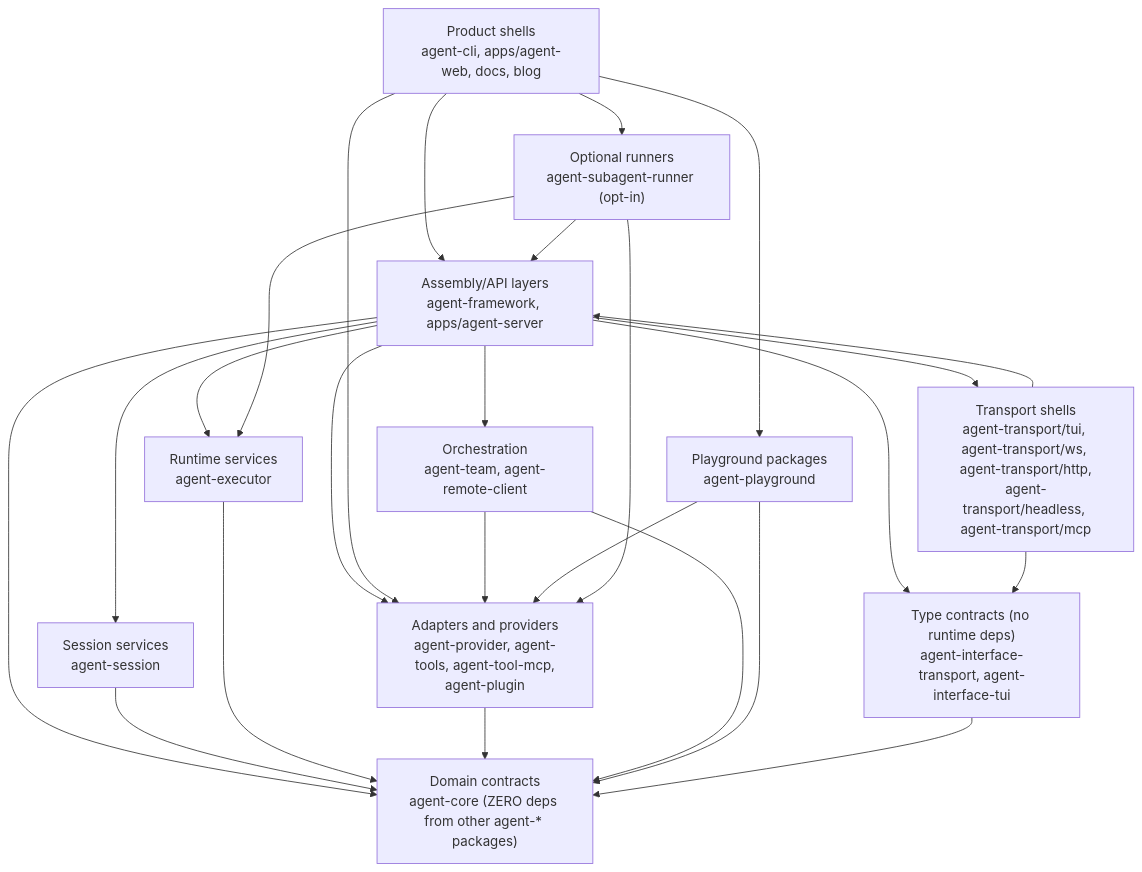
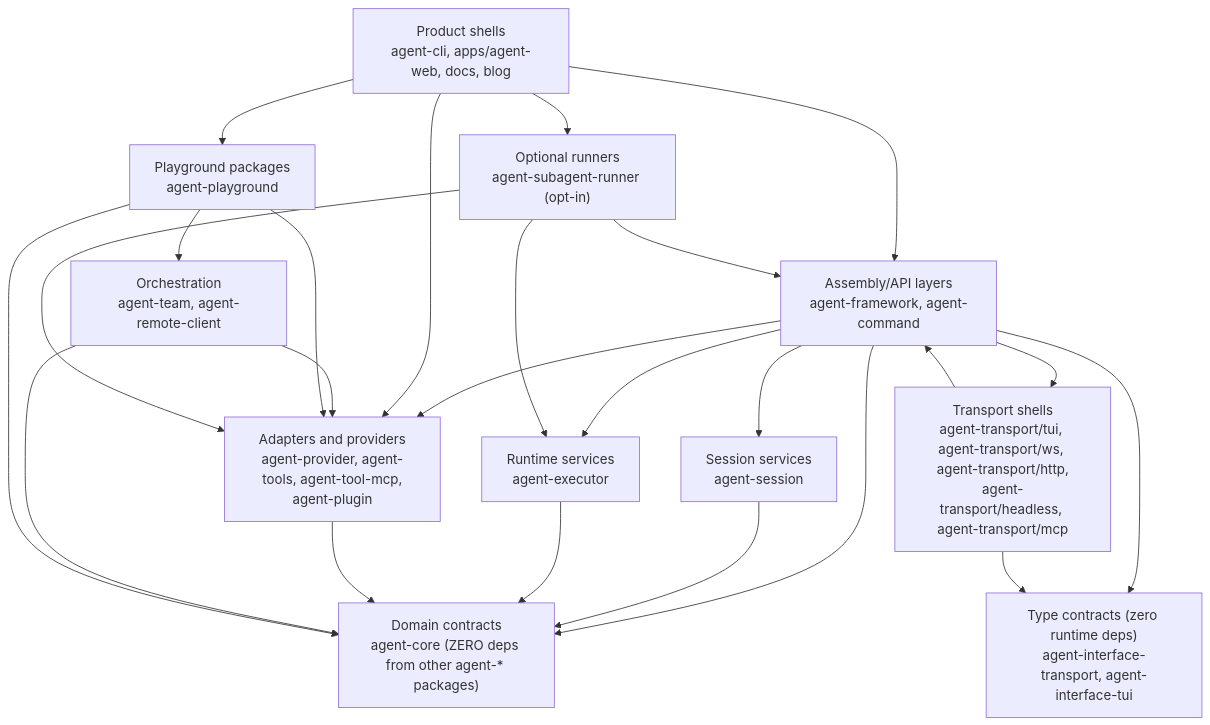
Before and after one commit to woojubb/robota: the diagram in .agents/specs/architecture-map/dependency-direction.md, drawn with Mermaid. The commit also changed other lines of this file and 2 other files, not shown here.

First line of the commit message:
docs(arch-rev-002): fix dependency-direction.md diagram — 4 verified inaccuracies

````diff
--- a/.agents/specs/architecture-map/dependency-direction.md
+++ b/.agents/specs/architecture-map/dependency-direction.md
@@ -9,39 +9,38 @@
 ```mermaid
 flowchart TD
   ProductShells["Product shells\nagent-cli, apps/agent-web, docs, blog"]
-  Assembly["Assembly/API layers\nagent-framework, apps/agent-server"]
+  Assembly["Assembly/API layers\nagent-framework, agent-command"]
   TransportShells["Transport shells\nagent-transport/tui, agent-transport/ws, agent-transport/http,\nagent-transport/headless, agent-transport/mcp"]
   Orchestration["Orchestration\nagent-team, agent-remote-client"]
   Playground["Playground packages\nagent-playground"]
   Sessions["Session services\nagent-session"]
   Executor["Runtime services\nagent-executor"]
-  TypeContracts["Type contracts (no runtime deps)\nagent-interface-transport, agent-interface-tui"]
+  TypeContracts["Type contracts (zero runtime deps)\nagent-interface-transport, agent-interface-tui"]
   Domain["Domain contracts\nagent-core (ZERO deps from other agent-* packages)"]
   Adapters["Adapters and providers\nagent-provider, agent-tools, agent-tool-mcp,\nagent-plugin"]
   OptIn["Optional runners\nagent-subagent-runner (opt-in)"]
 
   ProductShells --> Assembly
   ProductShells --> Playground
   Assembly --> Sessions
   Assembly --> Executor
   Assembly --> Domain
   Assembly --> TypeContracts
   Sessions --> Domain
   Executor --> Domain
   Assembly --> Adapters
   ProductShells --> Adapters
   ProductShells --> OptIn
   Adapters --> Domain
   TransportShells --> Assembly
   TransportShells --> TypeContracts
   Assembly --> TransportShells
   Orchestration --> Domain
   Orchestration --> Adapters
-  Assembly --> Orchestration
+  Playground --> Orchestration
   Playground --> Adapters
   Playground --> Domain
   OptIn --> Assembly
   OptIn --> Executor
   OptIn --> Adapters
-  TypeContracts --> Domain
 ```
````
